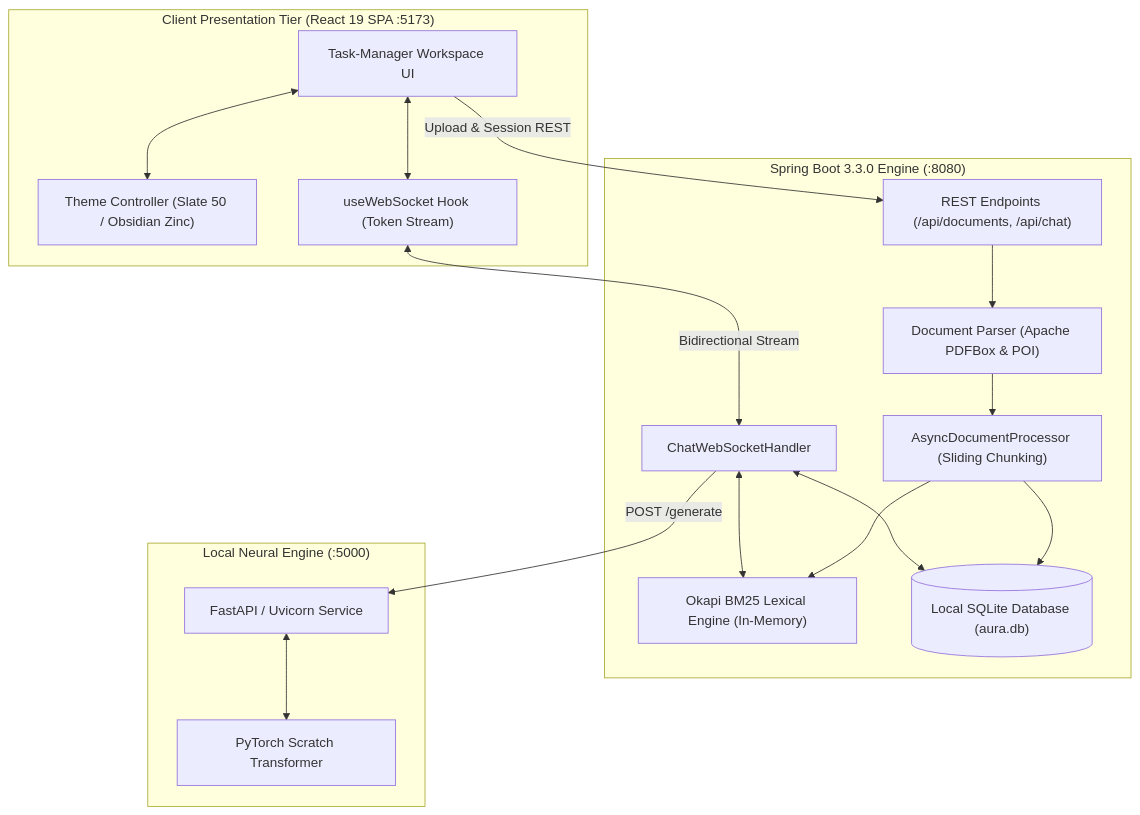
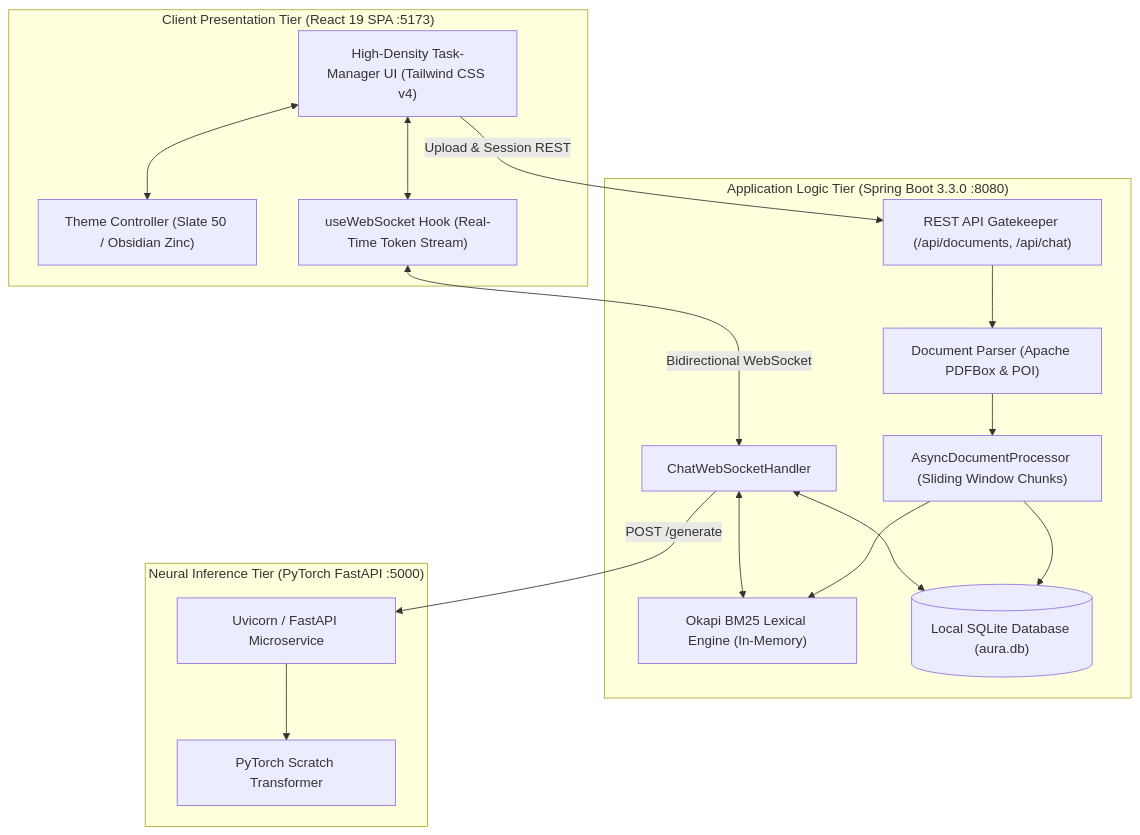
Before and after one commit to Tharun4743/TK-Vault: the diagram in README.md, drawn with Mermaid. The commit also changed other lines of this file and 2 other files, not shown here.

Commit message:
docs: structure README exactly like TaskManager architecture, remove CONTEXT.md, and add single-click run.bat

````diff
--- a/README.md
+++ b/README.md
@@ -87,36 +45,30 @@
 ```mermaid
 flowchart TD
     subgraph Client ["Client Presentation Tier (React 19 SPA :5173)"]
-        UI["Task-Manager Workspace UI"]
+        UI["High-Density Task-Manager UI (Tailwind CSS v4)"]
         Theme["Theme Controller (Slate 50 / Obsidian Zinc)"]
-        WS_Hook["useWebSocket Hook (Token Stream)"]
+        WS_Hook["useWebSocket Hook (Real-Time Token Stream)"]
         UI <--> Theme
         UI <--> WS_Hook
     end
 
-    subgraph Core ["Spring Boot 3.3.0 Engine (:8080)"]
-        REST["REST Endpoints (/api/documents, /api/chat)"]
+    subgraph Core ["Application Logic Tier (Spring Boot 3.3.0 :8080)"]
+        REST["REST API Gatekeeper (/api/documents, /api/chat)"]
         WS_Handler["ChatWebSocketHandler"]
         Parser["Document Parser (Apache PDFBox & POI)"]
-        AsyncProc["AsyncDocumentProcessor (Sliding Chunking)"]
+        AsyncProc["AsyncDocumentProcessor (Sliding Window Chunks)"]
         BM25["Okapi BM25 Lexical Engine (In-Memory)"]
         DB[("Local SQLite Database (aura.db)")]
-        
-        REST --> Parser
-        Parser --> AsyncProc
-        AsyncProc --> BM25
-        AsyncProc --> DB
-        WS_Handler <--> BM25
-        WS_Handler <--> DB
     end
 
-    subgraph AI ["Local Neural Engine (:5000)"]
-        FastAPI["FastAPI / Uvicorn Service"]
+    subgraph AI ["Neural Inference Tier (PyTorch FastAPI :5000)"]
+        FastAPI["Uvicorn / FastAPI Microservice"]
         ScratchModel["PyTorch Scratch Transformer"]
-        FastAPI <--> ScratchModel
     end
 
     UI -->|"Upload & Session REST"| REST
-    WS_Hook <-->|"Bidirectional Stream"| WS_Handler
-    WS_Handler -->|"POST /generate"| FastAPI
+    REST --> Parser --> AsyncProc --> BM25 & DB
+    WS_Hook <-->|"Bidirectional WebSocket"| WS_Handler
+    WS_Handler <--> BM25 & DB
+    WS_Handler -->|"POST /generate"| FastAPI --> ScratchModel
 ```
````
